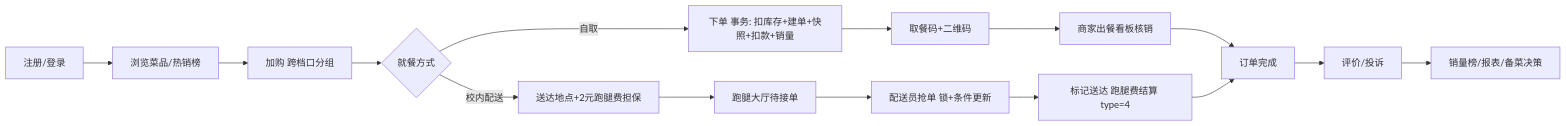
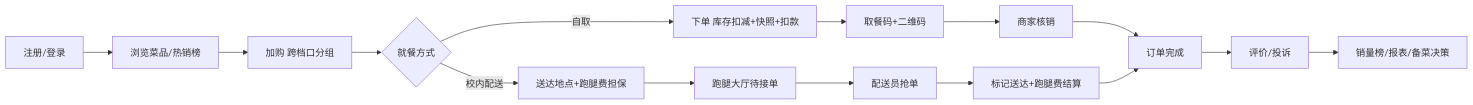
Before and after one commit to wmy-233/canteen-system: the diagram in docs/软件需求规格说明书.md, drawn with Mermaid. The commit also changed other lines of this file and 3 other files, not shown here.

````diff
--- a/docs/软件需求规格说明书.md
+++ b/docs/软件需求规格说明书.md
@@ -269,17 +703,17 @@
 ```mermaid
 flowchart LR
     S1[注册/登录] --> S2[浏览菜品/热销榜]
     S2 --> S3[加购 跨档口分组]
     S3 --> S4{就餐方式}
-    S4 -->|自取| S5[下单 事务: 扣库存+建单+快照+扣款+销量]
-    S4 -->|校内配送| S5b[送达地点+2元跑腿费担保]
+    S4 -->|自取| S5[下单 库存扣减+快照+扣款]
+    S4 -->|校内配送| S5b[送达地点+跑腿费担保]
     S5 --> S6[取餐码+二维码]
-    S6 --> S7[商家出餐看板核销]
+    S6 --> S7[商家核销]
     S7 --> S8[订单完成]
     S5b --> S9[跑腿大厅待接单]
-    S9 --> S10[配送员抢单 锁+条件更新]
-    S10 --> S11[标记送达 跑腿费结算 type=4]
+    S9 --> S10[配送员抢单]
+    S10 --> S11[标记送达+跑腿费结算]
     S11 --> S8
     S8 --> S12[评价/投诉]
     S12 --> S13[销量榜/报表/备菜决策]
 ```
````
